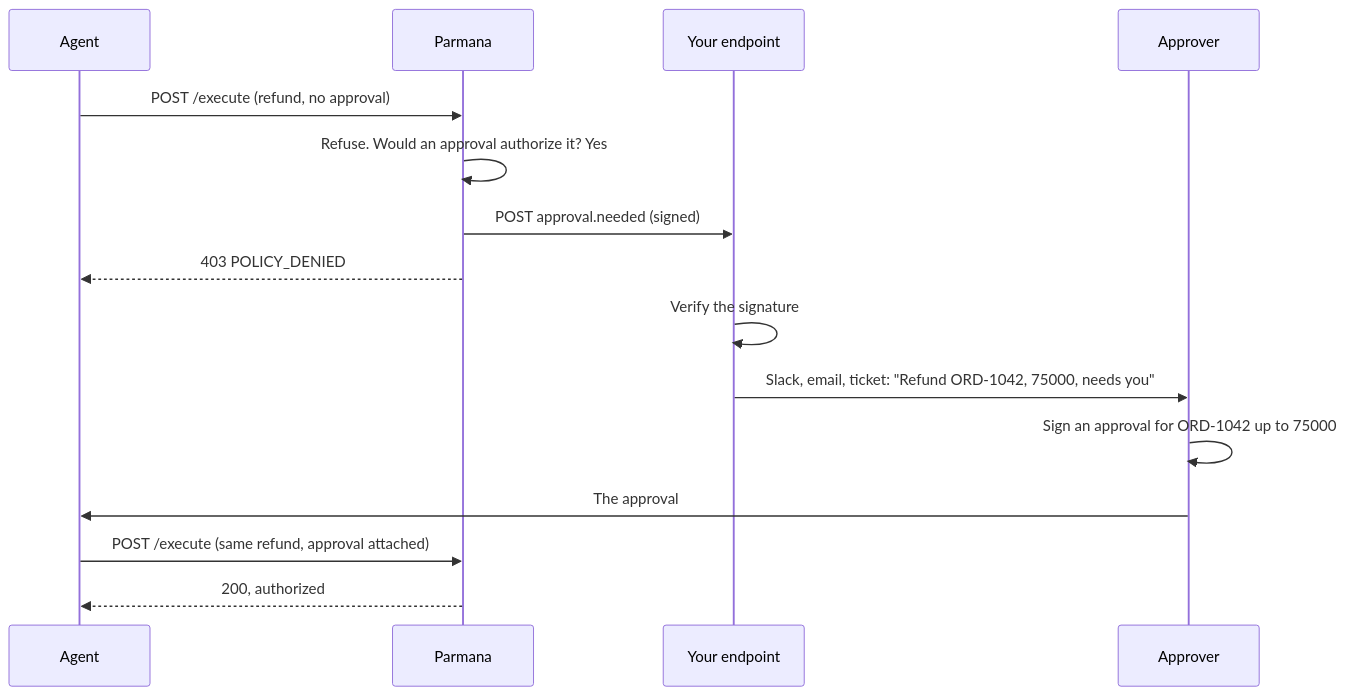
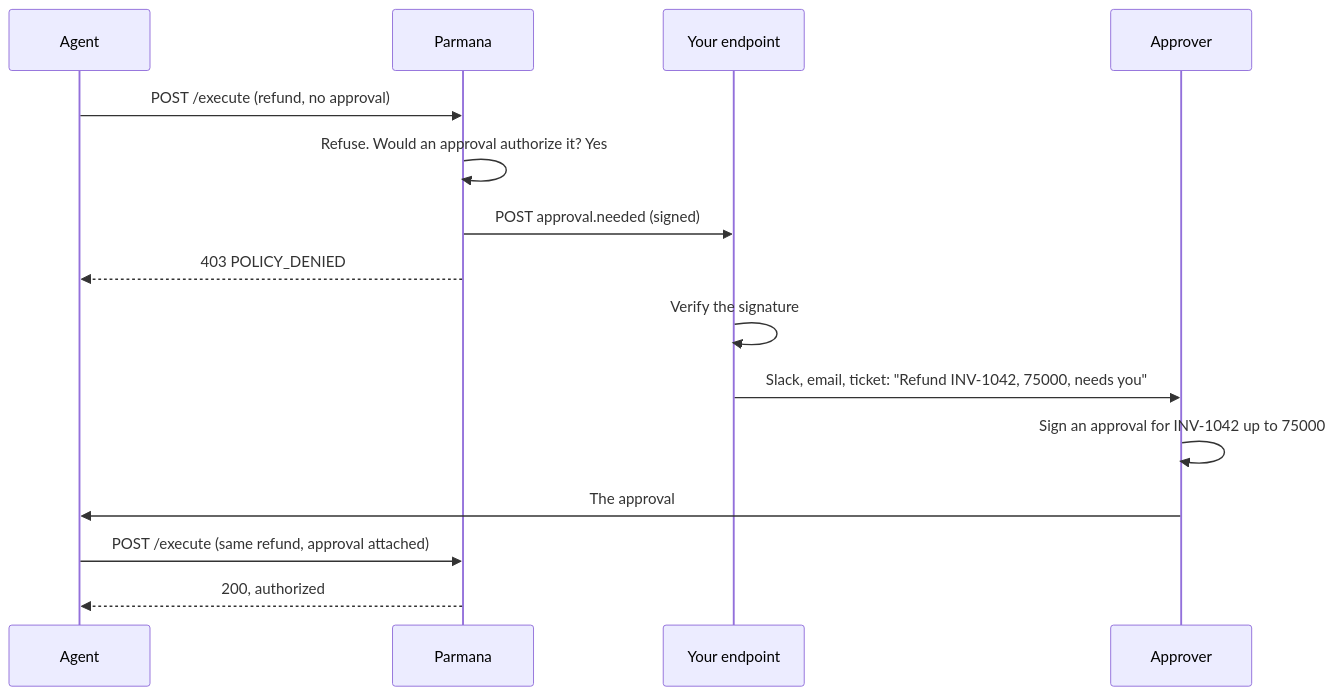
One commit to pavancharak/parmana-core changed the diagram in docs/site/guides/approval-notifications.mdx. Above: the diagram before and after it, drawn with Mermaid. The commit also changed other lines of this file and 41 other files, not shown here.

````diff
--- a/docs/site/guides/approval-notifications.mdx
+++ b/docs/site/guides/approval-notifications.mdx
@@ -18,17 +18,17 @@
 ```mermaid
 sequenceDiagram
     participant G as Agent
     participant S as Parmana
     participant W as Your endpoint
     participant M as Approver
     G->>S: POST /execute (refund, no approval)
     S->>S: Refuse. Would an approval authorize it? Yes
     S->>W: POST approval.needed (signed)
     S-->>G: 403 POLICY_DENIED
     W->>W: Verify the signature
-    W->>M: Slack, email, ticket: "Refund ORD-1042, 75000, needs you"
-    M->>M: Sign an approval for ORD-1042 up to 75000
+    W->>M: Slack, email, ticket: "Refund INV-1042, 75000, needs you"
+    M->>M: Sign an approval for INV-1042 up to 75000
     M->>G: The approval
     G->>S: POST /execute (same refund, approval attached)
     S-->>G: 200, authorized
 ```
````
